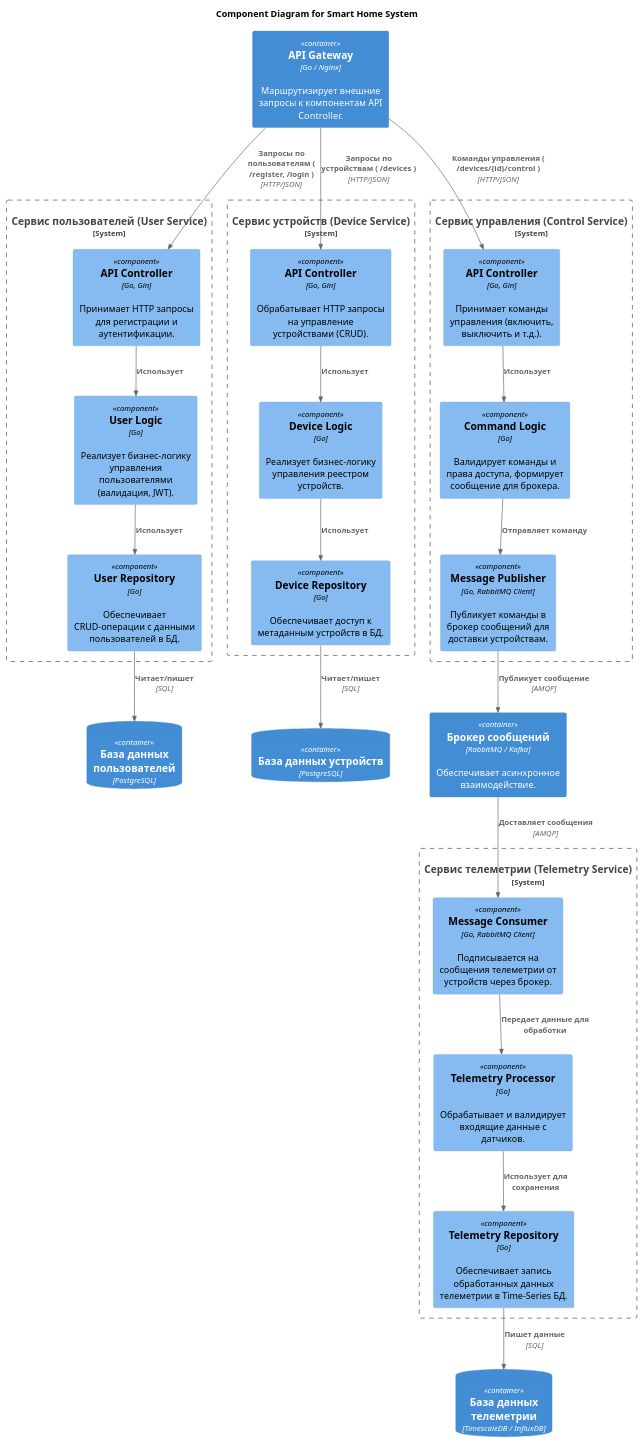
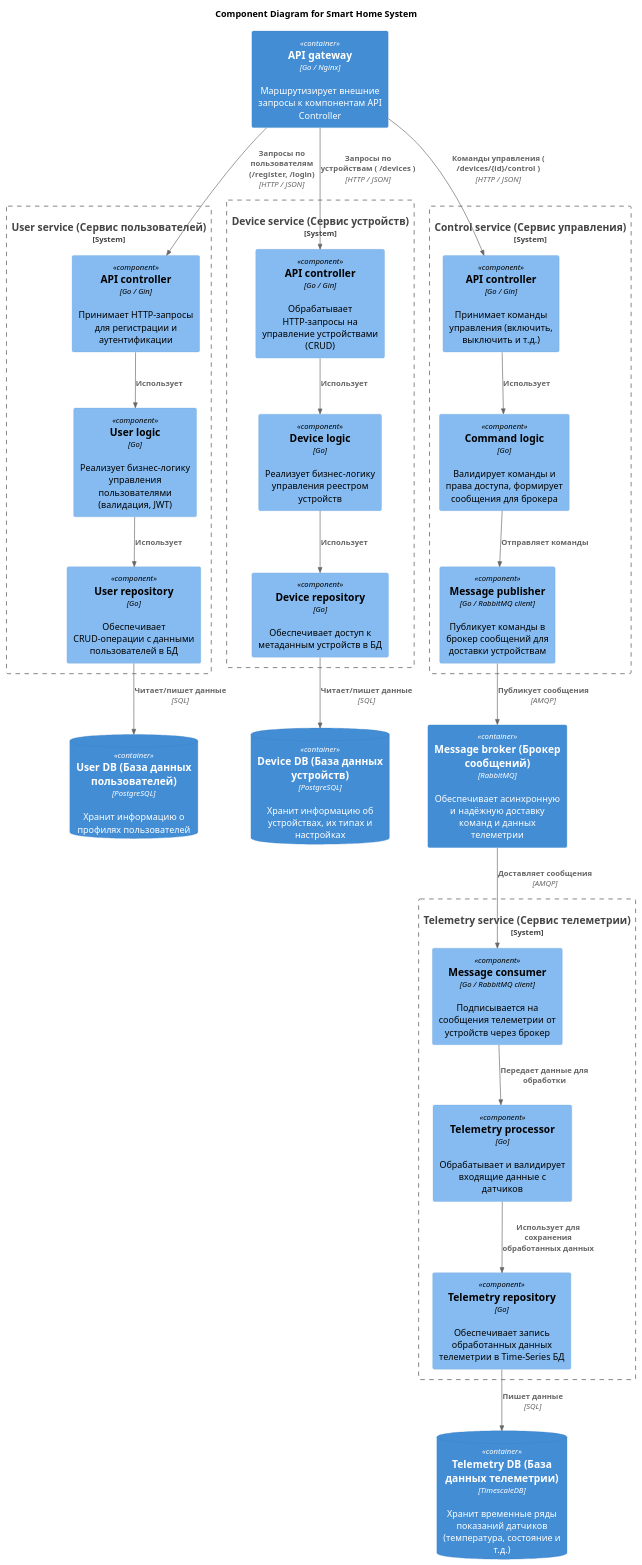
One commit to kotenev/architecture-pro-warmhouse changed the diagram in docs/C4/Component.puml. Above: the diagram before and after it, drawn with PlantUML. The commit also changed 1 other file, not shown here.

Commit message:
Обновлены диаграммы C4 (контейнерная и компонентная) из Задания 2

```diff
--- a/docs/C4/Component.puml
+++ b/docs/C4/Component.puml
@@ -1,75 +1,75 @@
 @startuml
 !includeurl https://raw.githubusercontent.com/RicardoNiepel/C4-PlantUML/master/C4_Component.puml
 
 title Component Diagram for Smart Home System
 
 ' -- Внешние по отношению к компонентам контейнеры для контекста --
-Container(api_gateway, "API Gateway", "Go / Nginx", "Маршрутизирует внешние запросы к компонентам API Controller.")
-Container(message_broker, "Брокер сообщений", "RabbitMQ / Kafka", "Обеспечивает асинхронное взаимодействие.")
-ContainerDb(user_db, "База данных пользователей", "PostgreSQL")
-ContainerDb(device_db, "База данных устройств", "PostgreSQL")
-ContainerDb(telemetry_db, "База данных телеметрии", "TimescaleDB / InfluxDB")
+Container(api_gateway, "API gateway", "Go / Nginx", "Маршрутизирует внешние запросы к компонентам API Controller")
+Container(message_broker, "Message broker (Брокер сообщений)", "RabbitMQ", "Обеспечивает асинхронную и надёжную доставку команд и данных телеметрии")
+ContainerDb(user_db, "User DB (База данных пользователей)", "PostgreSQL", "Хранит информацию о профилях пользователей")
+ContainerDb(device_db, "Device DB (База данных устройств)", "PostgreSQL", "Хранит информацию об устройствах, их типах и настройках")
+ContainerDb(telemetry_db, "Telemetry DB (База данных телеметрии)", "TimescaleDB", "Хранит временные ряды показаний датчиков (температура, состояние и т.д.)")
 
 ' =======================================
-' Сервис пользователей (User Service)
+' User Service (Сервис пользователей)
 ' =======================================
-System_Boundary(user_service_c, "Сервис пользователей (User Service)") {
-    Component(user_api, "API Controller", "Go, Gin", "Принимает HTTP запросы для регистрации и аутентификации.")
-    Component(user_logic, "User Logic", "Go", "Реализует бизнес-логику управления пользователями (валидация, JWT).")
-    Component(user_repo, "User Repository", "Go", "Обеспечивает CRUD-операции с данными пользователей в БД.")
+System_Boundary(user_service_c, "User service (Сервис пользователей)") {
+    Component(user_api, "API controller", "Go / Gin", "Принимает HTTP-запросы для регистрации и аутентификации")
+    Component(user_logic, "User logic", "Go", "Реализует бизнес-логику управления пользователями (валидация, JWT)")
+    Component(user_repo, "User repository", "Go", "Обеспечивает CRUD-операции с данными пользователей в БД")
 }
 
 ' =======================================
-' Сервис устройств (Device Service)
+' Device Service (Сервис устройств)
 ' =======================================
-System_Boundary(device_registry_c, "Сервис устройств (Device Service)") {
-    Component(device_api, "API Controller", "Go, Gin", "Обрабатывает HTTP запросы на управление устройствами (CRUD).")
-    Component(device_logic, "Device Logic", "Go", "Реализует бизнес-логику управления реестром устройств.")
-    Component(device_repo, "Device Repository", "Go", "Обеспечивает доступ к метаданным устройств в БД.")
+System_Boundary(device_registry_c, "Device service (Сервис устройств)") {
+    Component(device_api, "API controller", "Go / Gin", "Обрабатывает HTTP-запросы на управление устройствами (CRUD)")
+    Component(device_logic, "Device logic", "Go", "Реализует бизнес-логику управления реестром устройств")
+    Component(device_repo, "Device repository", "Go", "Обеспечивает доступ к метаданным устройств в БД")
 }
 
 ' =======================================
-' Сервис управления (Control Service)
+' Control Service (Сервис управления)
 ' =======================================
-System_Boundary(device_control_c, "Сервис управления (Control Service)") {
-    Component(control_api, "API Controller", "Go, Gin", "Принимает команды управления (включить, выключить и т.д.).")
-    Component(control_logic, "Command Logic", "Go", "Валидирует команды и права доступа, формирует сообщение для брокера.")
-    Component(amqp_publisher, "Message Publisher", "Go, RabbitMQ Client", "Публикует команды в брокер сообщений для доставки устройствам.")
+System_Boundary(device_control_c, "Control service (Сервис управления)") {
+    Component(control_api, "API controller", "Go / Gin", "Принимает команды управления (включить, выключить и т.д.)")
+    Component(control_logic, "Command logic", "Go", "Валидирует команды и права доступа, формирует сообщения для брокера")
+    Component(amqp_publisher, "Message publisher", "Go / RabbitMQ client", "Публикует команды в брокер сообщений для доставки устройствам")
 }
 
 ' =======================================
-' Сервис телеметрии (Telemetry Service)
+' Telemetry Service (Сервис телеметрии)
 ' =======================================
-System_Boundary(telemetry_service_c, "Сервис телеметрии (Telemetry Service)") {
-    Component(amqp_consumer, "Message Consumer", "Go, RabbitMQ Client", "Подписывается на сообщения телеметрии от устройств через брокер.")
-    Component(telemetry_logic, "Telemetry Processor", "Go", "Обрабатывает и валидирует входящие данные с датчиков.")
-    Component(telemetry_repo, "Telemetry Repository", "Go", "Обеспечивает запись обработанных данных телеметрии в Time-Series БД.")
+System_Boundary(telemetry_service_c, "Telemetry service (Сервис телеметрии)") {
+    Component(amqp_consumer, "Message consumer", "Go / RabbitMQ client", "Подписывается на сообщения телеметрии от устройств через брокер")
+    Component(telemetry_logic, "Telemetry processor", "Go", "Обрабатывает и валидирует входящие данные с датчиков")
+    Component(telemetry_repo, "Telemetry repository", "Go", "Обеспечивает запись обработанных данных телеметрии в Time-Series БД")
 }
 
 
 ' -- Связи (Relationships) --
 
 ' Связи с API Gateway
-Rel(api_gateway, user_api, "Запросы по пользователям ( /register, /login )", "HTTP/JSON")
-Rel(api_gateway, device_api, "Запросы по устройствам ( /devices )", "HTTP/JSON")
-Rel(api_gateway, control_api, "Команды управления ( /devices/{id}/control )", "HTTP/JSON")
+Rel(api_gateway, user_api, "Запросы по пользователям (/register, /login)", "HTTP / JSON")
+Rel(api_gateway, device_api, "Запросы по устройствам ( /devices )", "HTTP / JSON")
+Rel(api_gateway, control_api, "Команды управления ( /devices/{id}/control )", "HTTP / JSON")
 
 ' Внутренние связи компонентов
 Rel(user_api, user_logic, "Использует")
 Rel(user_logic, user_repo, "Использует")
-Rel(user_repo, user_db, "Читает/пишет", "SQL")
+Rel(user_repo, user_db, "Читает/пишет данные", "SQL")
 
 Rel(device_api, device_logic, "Использует")
 Rel(device_logic, device_repo, "Использует")
-Rel(device_repo, device_db, "Читает/пишет", "SQL")
+Rel(device_repo, device_db, "Читает/пишет данные", "SQL")
 
 Rel(control_api, control_logic, "Использует")
-Rel(control_logic, amqp_publisher, "Отправляет команду")
-Rel(amqp_publisher, message_broker, "Публикует сообщение", "AMQP")
+Rel(control_logic, amqp_publisher, "Отправляет команды")
+Rel(amqp_publisher, message_broker, "Публикует сообщения", "AMQP")
 
 Rel(message_broker, amqp_consumer, "Доставляет сообщения", "AMQP")
 Rel(amqp_consumer, telemetry_logic, "Передает данные для обработки")
-Rel(telemetry_logic, telemetry_repo, "Использует для сохранения")
+Rel(telemetry_logic, telemetry_repo, "Использует для сохранения обработанных данных")
 Rel(telemetry_repo, telemetry_db, "Пишет данные", "SQL")
 
 @enduml
```
